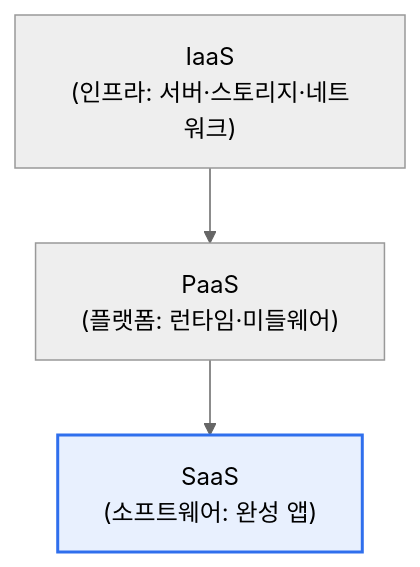
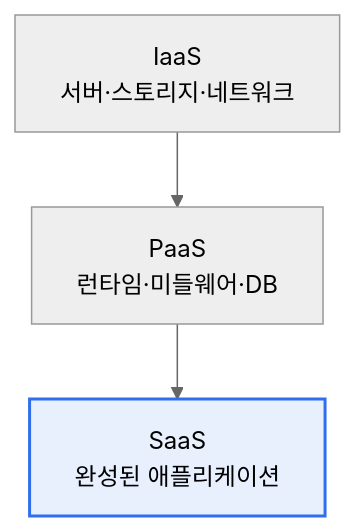
One commit to coninggu/wjdqhrhksflrltnftk changed the diagram in content/cloud-service-deployment-model.md. Above: the diagram before and after it, drawn with Mermaid (neutral theme). The commit also changed other lines of this file and 5 other files, not shown here.

````diff
--- a/content/cloud-service-deployment-model.md
+++ b/content/cloud-service-deployment-model.md
@@ -12,5 +12,5 @@
 ```mermaid
 flowchart TB
-  I["IaaS<br/>(인프라: 서버·스토리지·네트워크)"] --> P["PaaS<br/>(플랫폼: 런타임·미들웨어)"] --> S["SaaS<br/>(소프트웨어: 완성 앱)"]
+  I["IaaS<br/>서버·스토리지·네트워크"] --> P["PaaS<br/>런타임·미들웨어·DB"] --> S["SaaS<br/>완성된 애플리케이션"]
   style S fill:#e8f0fe,stroke:#2f6fed,stroke-width:2px
 ```
````
